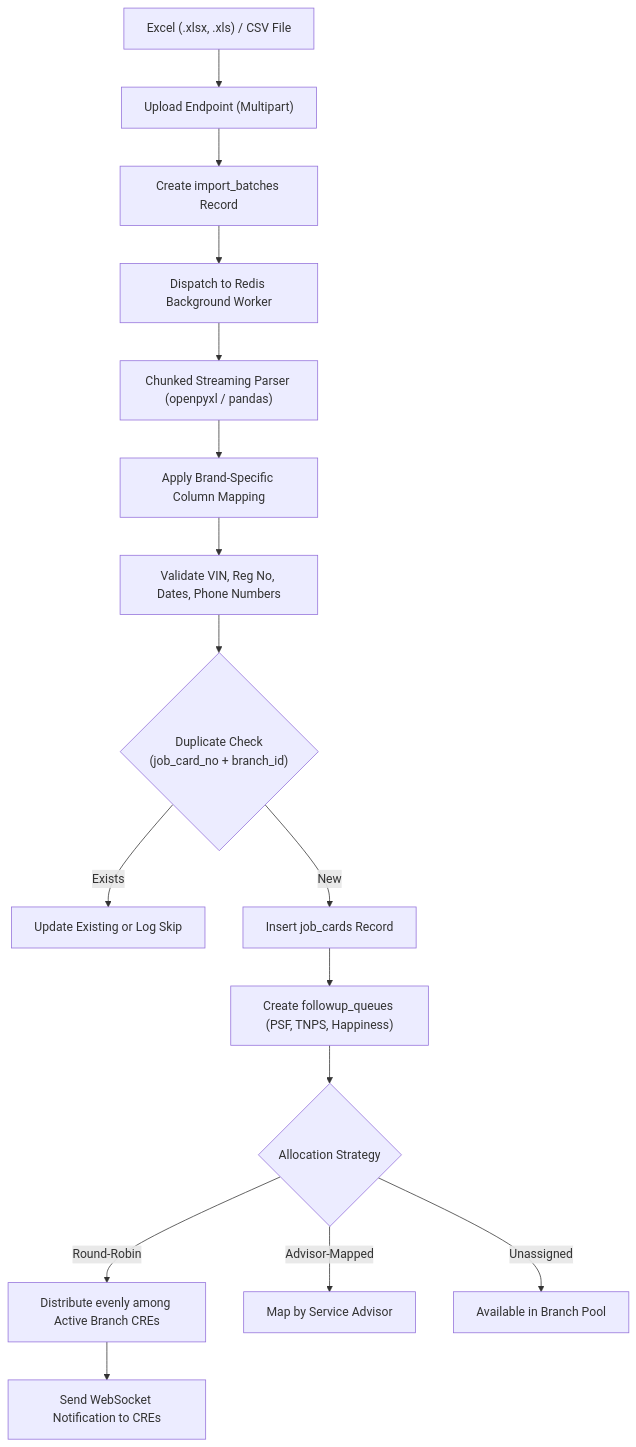
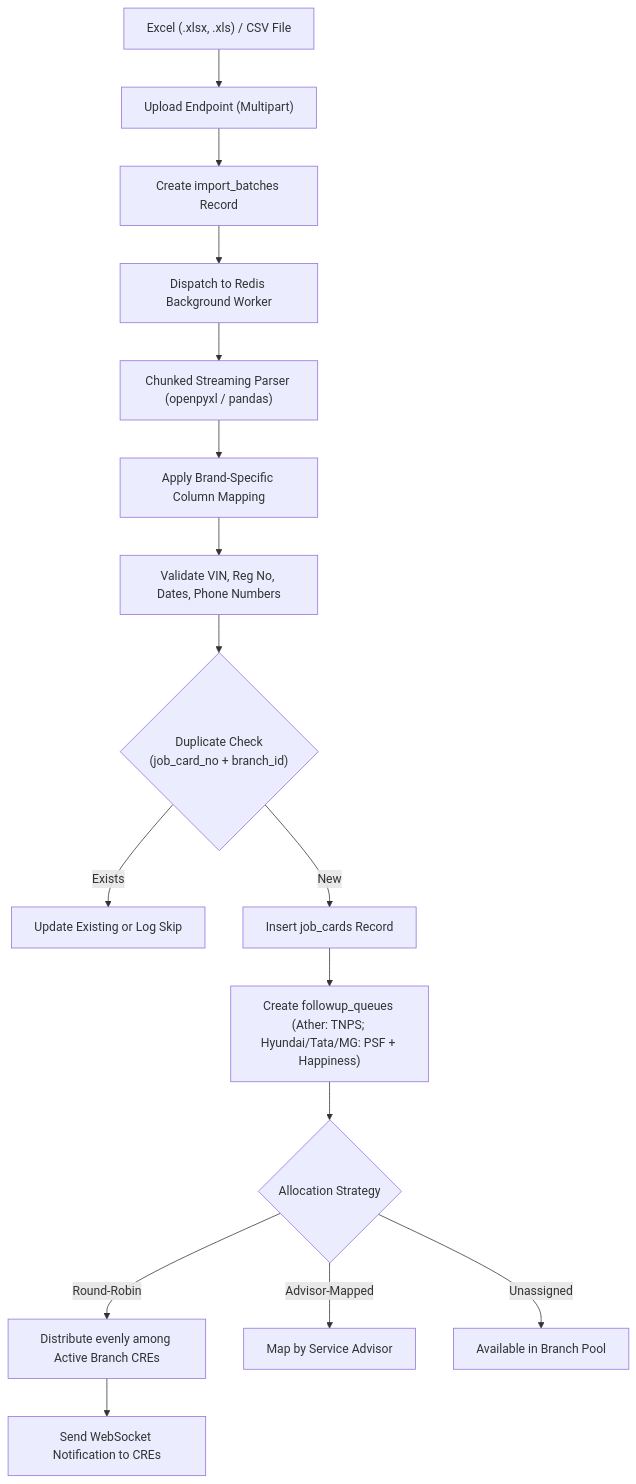
Before and after one commit to sandeep-asstdev/psf-app: the fifth of 5 diagrams in docs/architecture.md, drawn with Mermaid. The commit also changed other lines of this file and 44 other files, not shown here.

````diff
--- a/docs/architecture.md
+++ b/docs/architecture.md
@@ -222,23 +222,23 @@
 ```mermaid
 flowchart TD
     File["Excel (.xlsx, .xls) / CSV File"] --> Upload["Upload Endpoint (Multipart)"]
     Upload --> Batch["Create import_batches Record"]
     Batch --> WorkerQueue["Dispatch to Redis Background Worker"]
     
     WorkerQueue --> Parser["Chunked Streaming Parser (openpyxl / pandas)"]
     Parser --> Mapper["Apply Brand-Specific Column Mapping"]
     Mapper --> Validator["Validate VIN, Reg No, Dates, Phone Numbers"]
     
     Validator --> Dedup{"Duplicate Check\n(job_card_no + branch_id)"}
     Dedup -->|Exists| UpdateOrSkip["Update Existing or Log Skip"]
     Dedup -->|New| InsertJob["Insert job_cards Record"]
     
-    InsertJob --> QueueGen["Create followup_queues (PSF, TNPS, Happiness)"]
+    InsertJob --> QueueGen["Create followup_queues (Ather: TNPS; Hyundai/Tata/MG: PSF + Happiness)"]
     QueueGen --> Allocator{"Allocation Strategy"}
     
     Allocator -->|Round-Robin| AssignCRE["Distribute evenly among Active Branch CREs"]
     Allocator -->|Advisor-Mapped| AssignAdv["Map by Service Advisor"]
     Allocator -->|Unassigned| Pool["Available in Branch Pool"]
     
     AssignCRE --> LiveNotice["Send WebSocket Notification to CREs"]
 ```
````
